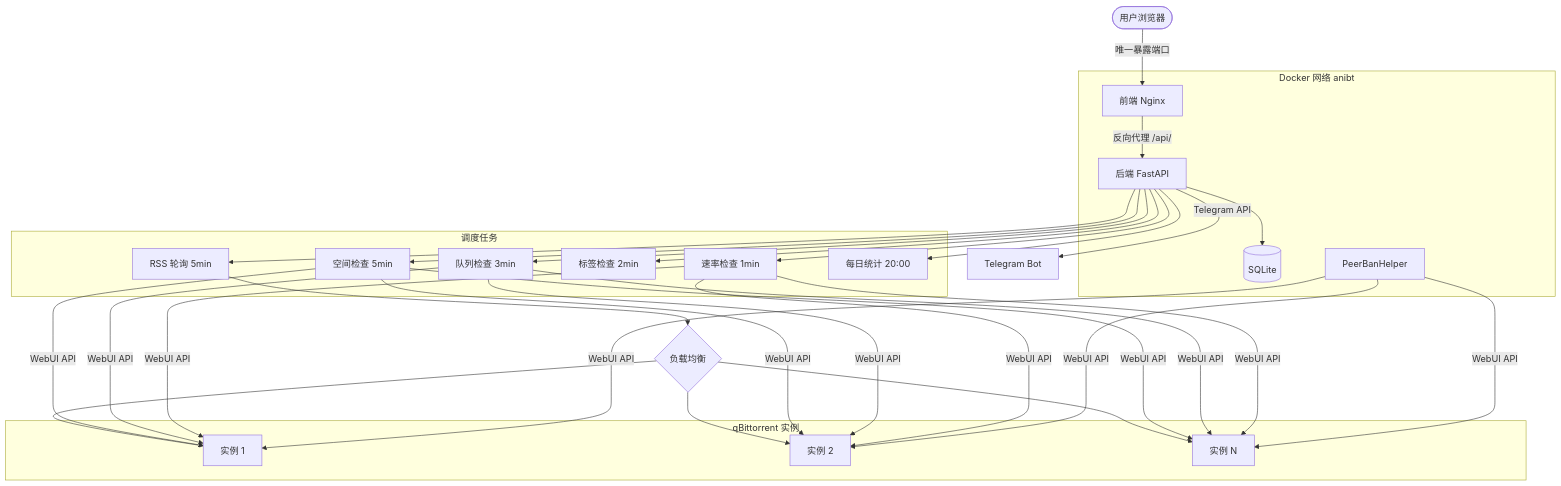
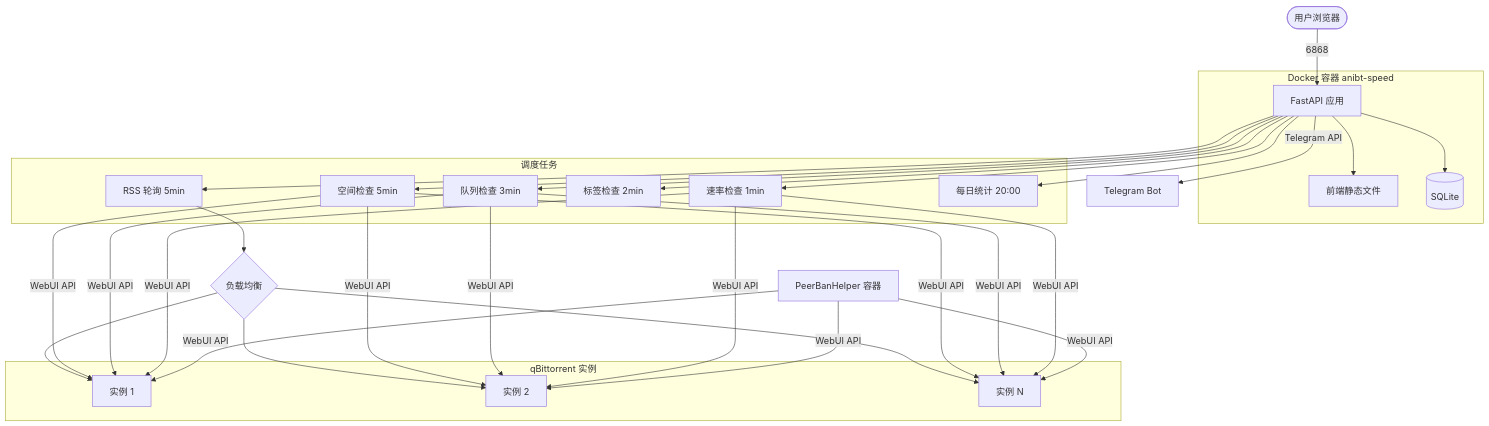
Before and after one commit to Yuri-NagaSaki/AniBT-Speed: the first of 3 diagrams in README.md, drawn with Mermaid. The commit also changed other lines of this file and 15 other files, not shown here.

First line of the commit message:
Unify AniBT-Speed Docker deployment

````diff
--- a/README.md
+++ b/README.md
@@ -151,38 +149,38 @@
 ```mermaid
 graph TB
-    subgraph Docker 网络 anibt
-        FE[前端 Nginx]
-        BE[后端 FastAPI]
+    subgraph Docker 容器 anibt-speed
+        APP[FastAPI 应用]
+        UI[前端静态文件]
         DB[(SQLite)]
-        PBH[PeerBanHelper]
 
-        FE -->|反向代理 /api/| BE
-        BE --> DB
+        APP --> UI
+        APP --> DB
     end
 
-    User([用户浏览器]) -->|唯一暴露端口| FE
+    PBH[PeerBanHelper 容器]
+    User([用户浏览器]) -->|6868| APP
 
     subgraph 调度任务
         S1[空间检查 5min]
         S2[队列检查 3min]
         S3[速率检查 1min]
         S4[标签检查 2min]
         S5[RSS 轮询 5min]
         S6[每日统计 20:00]
     end
 
     subgraph qBittorrent 实例
         QB1[实例 1]
         QB2[实例 2]
         QBN[实例 N]
     end
 
     LB{负载均衡}
 
-    BE --> S1 & S2 & S3 & S4 & S5 & S6
+    APP --> S1 & S2 & S3 & S4 & S5 & S6
     S5 --> LB
     LB --> QB1 & QB2 & QBN
     S1 & S2 & S3 -->|WebUI API| QB1 & QB2 & QBN
     PBH -->|WebUI API| QB1 & QB2 & QBN
-    BE -->|Telegram API| TG[Telegram Bot]
+    APP -->|Telegram API| TG[Telegram Bot]
 ```
````
